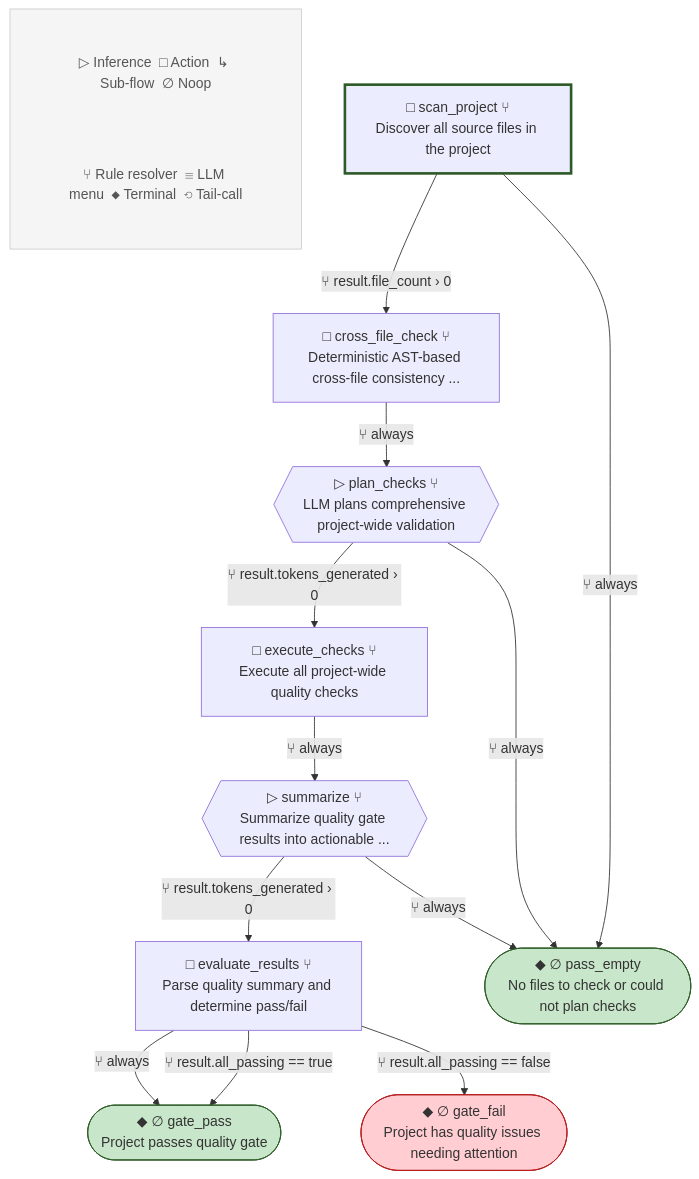
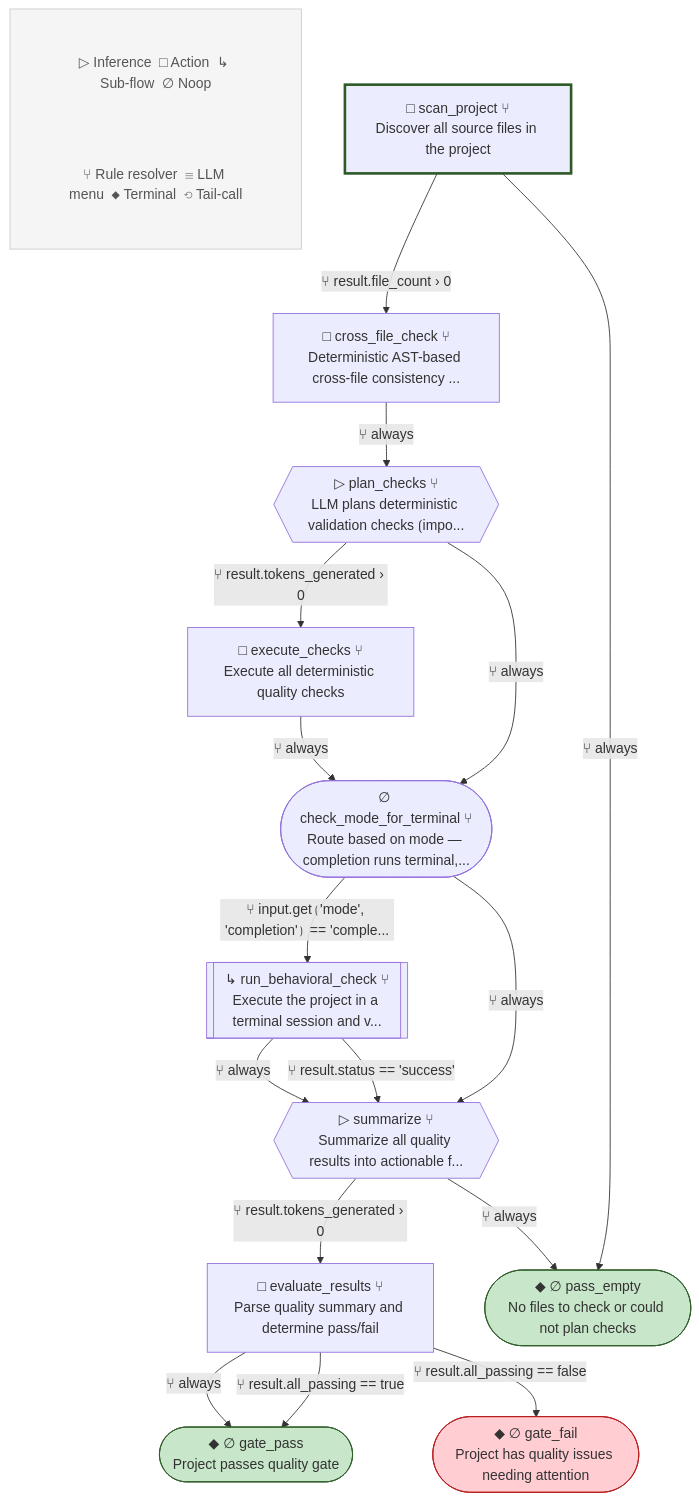
Before and after one commit to lah-rb/ouroboros: diagram 19 of 31 in blueprint.md, drawn with Mermaid. The commit also changed other lines of this file and 32 other files, not shown here.

````diff
--- a/blueprint.md
+++ b/blueprint.md
@@ -1516,40 +1343,46 @@
 ```mermaid
 flowchart TD
-    %% quality_gate v2
+    %% quality_gate v3
 
     subgraph Legend[" "]
         L1["▷ Inference  □ Action  ↳ Sub-flow  ∅ Noop"]
         L2["⑂ Rule resolver  ☰ LLM menu  ◆ Terminal  ⟲ Tail-call"]
     end
     style Legend fill:#f5f5f5,stroke:#ccc,stroke-width:1px
     style L1 fill:#f5f5f5,stroke:none,color:#555
     style L2 fill:#f5f5f5,stroke:none,color:#555
 
     scan_project["□ scan_project ⑂\nDiscover all source files in the project"]
     cross_file_check["□ cross_file_check ⑂\nDeterministic AST-based cross-file consistency ..."]
-    plan_checks{{"▷ plan_checks ⑂\nLLM plans comprehensive project-wide validation"}}
-    execute_checks["□ execute_checks ⑂\nExecute all project-wide quality checks"]
-    summarize{{"▷ summarize ⑂\nSummarize quality gate results into actionable ..."}}
+    plan_checks{{"▷ plan_checks ⑂\nLLM plans deterministic validation checks ⟮impo..."}}
+    execute_checks["□ execute_checks ⑂\nExecute all deterministic quality checks"]
+    check_mode_for_terminal(["∅ check_mode_for_terminal ⑂\nRoute based on mode — completion runs terminal,..."])
+    run_behavioral_check[["↳ run_behavioral_check ⑂\nExecute the project in a terminal session and v..."]]
+    summarize{{"▷ summarize ⑂\nSummarize all quality results into actionable f..."}}
     evaluate_results["□ evaluate_results ⑂\nParse quality summary and determine pass/fail"]
     gate_pass(["◆ ∅ gate_pass\nProject passes quality gate"])
     gate_fail(["◆ ∅ gate_fail\nProject has quality issues needing attention"])
     pass_empty(["◆ ∅ pass_empty\nNo files to check or could not plan checks"])
 
     style scan_project stroke-width:3px,stroke:#2d5a27
 
     scan_project -->|⑂ result.file_count › 0| cross_file_check
     scan_project -->|⑂ always| pass_empty
     cross_file_check -->|⑂ always| plan_checks
     plan_checks -->|⑂ result.tokens_generated › 0| execute_checks
-    plan_checks -->|⑂ always| pass_empty
-    execute_checks -->|⑂ always| summarize
+    plan_checks -->|⑂ always| check_mode_for_terminal
+    execute_checks -->|⑂ always| check_mode_for_terminal
+    check_mode_for_terminal -->|⑂ input.get⟮'mode', 'completion'⟯ == 'comple...| run_behavioral_check
+    check_mode_for_terminal -->|⑂ always| summarize
+    run_behavioral_check -->|⑂ result.status == 'success'| summarize
+    run_behavioral_check -->|⑂ always| summarize
     summarize -->|⑂ result.tokens_generated › 0| evaluate_results
     summarize -->|⑂ always| pass_empty
     evaluate_results -->|⑂ result.all_passing == true| gate_pass
     evaluate_results -->|⑂ result.all_passing == false| gate_fail
     evaluate_results -->|⑂ always| gate_pass
 
     style gate_pass fill:#c8e6c9,stroke:#2d5a27
     style gate_fail fill:#ffcdd2,stroke:#b71c1c
     style pass_empty fill:#c8e6c9,stroke:#2d5a27
 ```
````
